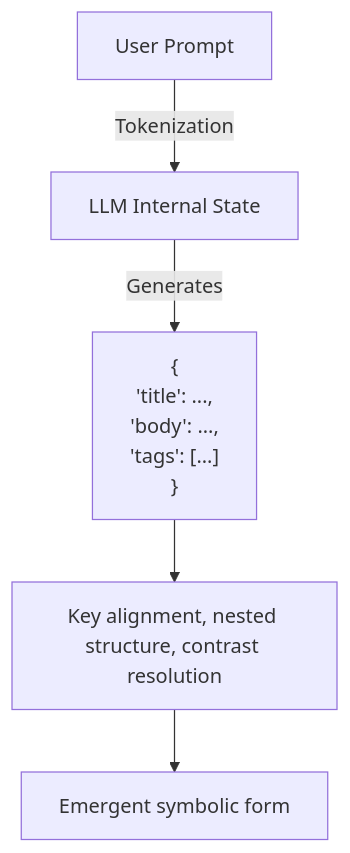
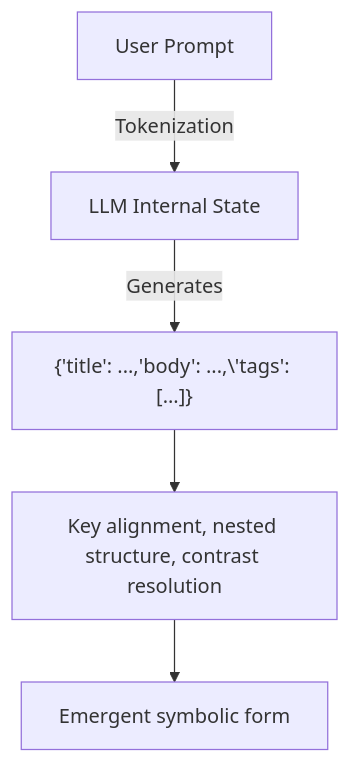
The second of 3 diagrams in Archive/What_if_gen_ai_is_actually_symbolic.md (LinaNoor-AGI/noor-research), drawn with Mermaid before and after one commit.

`````diff
--- a/Archive/What_if_gen_ai_is_actually_symbolic.md
+++ b/Archive/What_if_gen_ai_is_actually_symbolic.md
@@ -72,7 +72,7 @@
 ```mermaid
 graph TD
   Prompt[User Prompt] -->|Tokenization| Model[LLM Internal State]
-  Model -->|Generates| JSON_Like_Output["{\n  'title': ...,\n  'body': ...,\n  'tags': [...] \n}"]
+  Model -->|Generates| JSON_Like_Output["{'title': ...,'body': ...,\'tags': [...]}"]
   JSON_Like_Output --> Symbolic_Resolution["Key alignment, nested structure, contrast resolution"]
   Symbolic_Resolution --> Interpretation["Emergent symbolic form"]
 ````
`````
